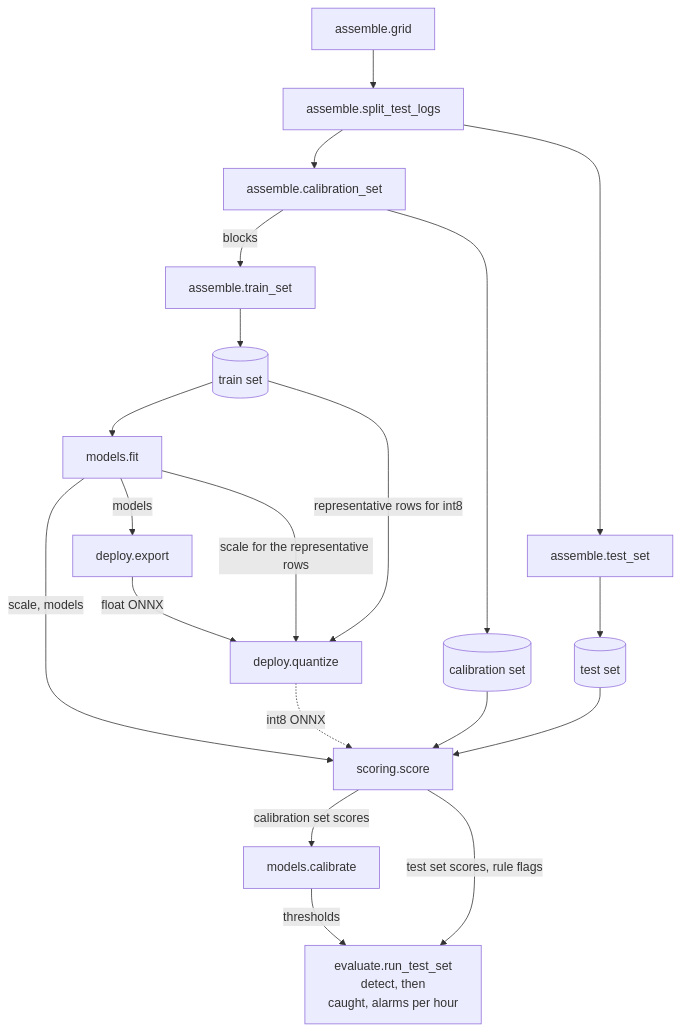
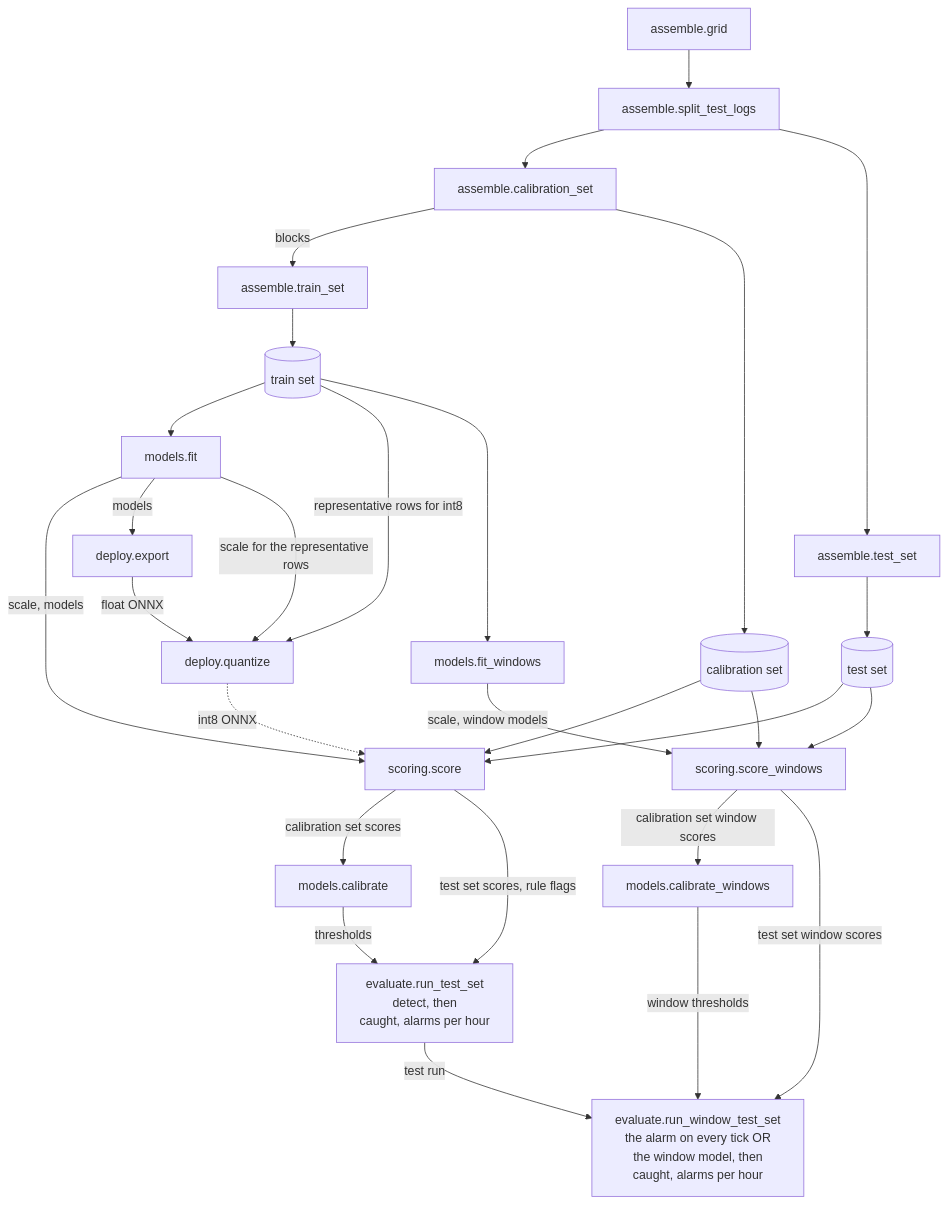
Before and after one commit to asana17/ai_can_anomaly_detection: the diagram in evaluate/README.md, drawn with Mermaid. The commit also changed other lines of this file and 3 other files, not shown here.

Commit message:
docs(evaluate): describe the window test run

````diff
--- a/evaluate/README.md
+++ b/evaluate/README.md
@@ -19,19 +20,27 @@
 ```mermaid
 flowchart TB
     grid["assemble.grid"] --> split["assemble.split_test_logs"] --> calibration_set["assemble.calibration_set"] & test_set["assemble.test_set"]
     calibration_set -- blocks --> train_set["assemble.train_set"]
     train_set --> train[(train set)]
     calibration_set --> calibration[(calibration set)]
     test_set --> test[(test set)]
     train --> fit["models.fit"]
     fit -- scale, models --> score["scoring.score"]
     calibration --> score
     test --> score
     score -- calibration set scores --> calibrate["models.calibrate"]
     score -- test set scores, rule flags --> run["evaluate.run_test_set<br/>detect, then<br/>caught, alarms per hour"]
     calibrate -- thresholds --> run
     fit -- models --> export["deploy.export"] -- float ONNX --> quantize["deploy.quantize"]
     train -- representative rows for int8 --> quantize
     fit -- scale for the representative rows --> quantize
     quantize -. int8 ONNX .-> score
+    train --> fit_windows["models.fit_windows"]
+    fit_windows -- scale, window models --> score_windows["scoring.score_windows"]
+    calibration --> score_windows
+    test --> score_windows
+    score_windows -- calibration set window scores --> calibrate_windows["models.calibrate_windows"]
+    score_windows -- test set window scores --> run_windows["evaluate.run_window_test_set<br/>the alarm on every tick OR<br/>the window model, then<br/>caught, alarms per hour"]
+    calibrate_windows -- window thresholds --> run_windows
+    run -- test run --> run_windows
 ```
````
